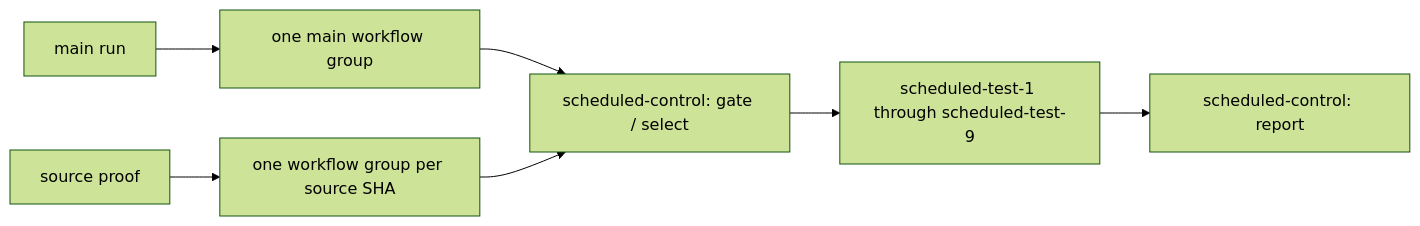
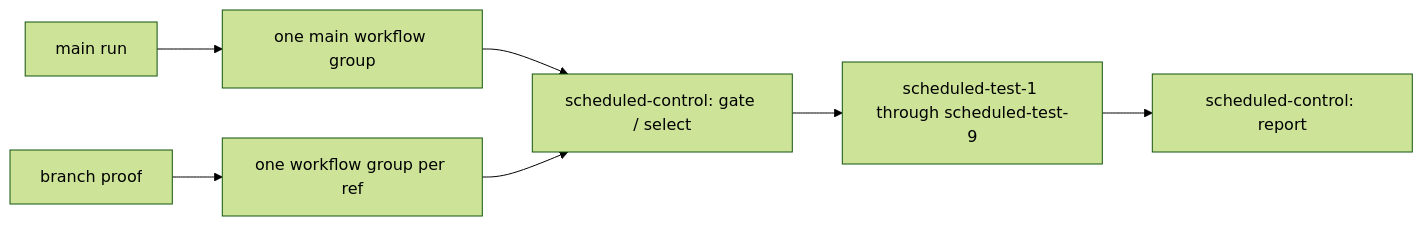
Before and after one commit to kamp-us/tea-fabrika: the second of 2 diagrams in .decisions/0595-scheduled-runs-share-slots.md, drawn with Mermaid (forest theme). The commit also changed other lines of this file and 1 other file, not shown here.

Commit message:
T1137 lead: retain branch-head proof with per-ref queues

````diff
--- a/.decisions/0595-scheduled-runs-share-slots.md
+++ b/.decisions/0595-scheduled-runs-share-slots.md
@@ -24,9 +24,9 @@
 ```mermaid
 flowchart LR
   main["main run"] --> queue["one main workflow group"]
-  proof["source proof"] --> proofs["one workflow group per source SHA"]
+  proof["branch proof"] --> proofs["one workflow group per ref"]
   queue --> gate["scheduled-control: gate / select"]
   proofs --> gate
   gate --> tests["scheduled-test-1 through scheduled-test-9"]
   tests --> report["scheduled-control: report"]
 ```
````
